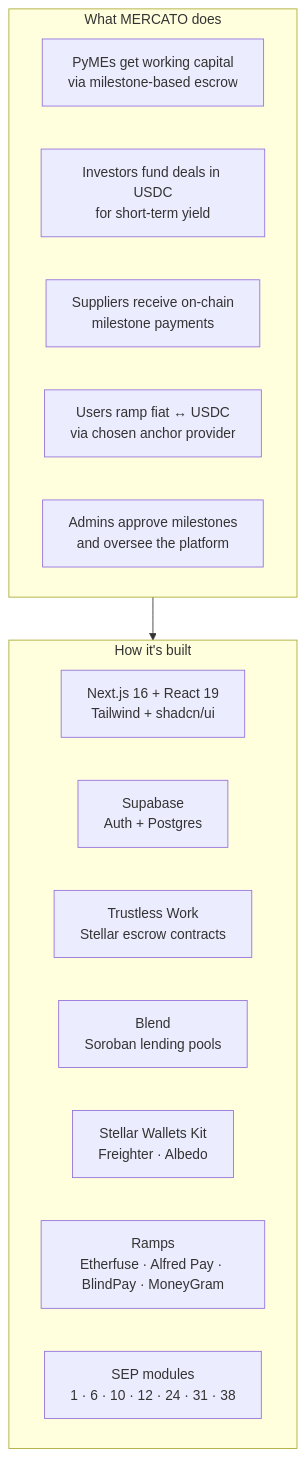
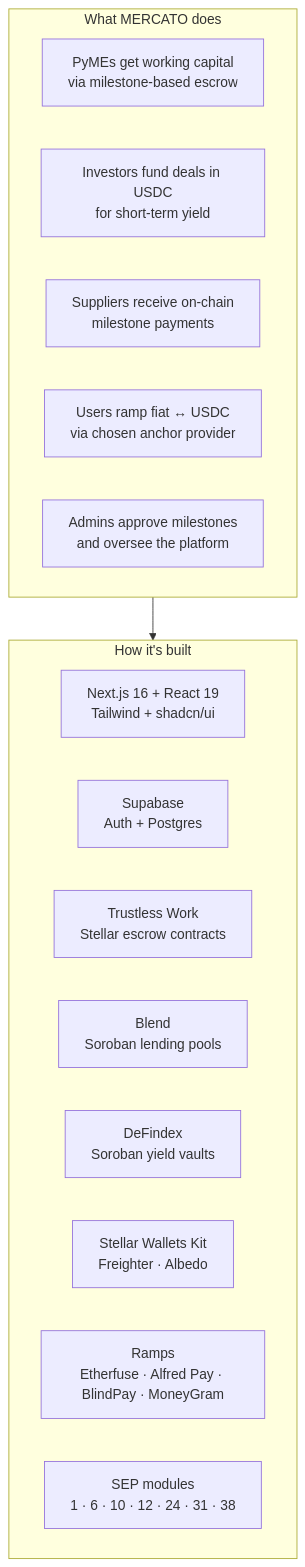
Diagram 12 of 12 in doc/architecture.md (mercato-supply-chain/mercato-dapp), drawn with Mermaid before and after one commit. The commit also changed other lines of this file and 2 other files, not shown here.

````diff
--- a/doc/architecture.md
+++ b/doc/architecture.md
@@ -703,22 +709,23 @@
 ```mermaid
 flowchart TB
   subgraph What["What MERCATO does"]
     D1["PyMEs get working capital\nvia milestone-based escrow"]
     D2["Investors fund deals in USDC\nfor short-term yield"]
     D3["Suppliers receive on-chain\nmilestone payments"]
     D4["Users ramp fiat ↔ USDC\nvia chosen anchor provider"]
     D5["Admins approve milestones\nand oversee the platform"]
   end
 
   subgraph How["How it's built"]
     T1["Next.js 16 + React 19\nTailwind + shadcn/ui"]
     T2["Supabase\nAuth + Postgres"]
     T3["Trustless Work\nStellar escrow contracts"]
     T3b["Blend\nSoroban lending pools"]
+    T3c["DeFindex\nSoroban yield vaults"]
     T4["Stellar Wallets Kit\nFreighter · Albedo"]
     T5["Ramps\nEtherfuse · Alfred Pay · BlindPay · MoneyGram"]
     T6["SEP modules\n1 · 6 · 10 · 12 · 24 · 31 · 38"]
   end
 
   What --> How
 ```
````
